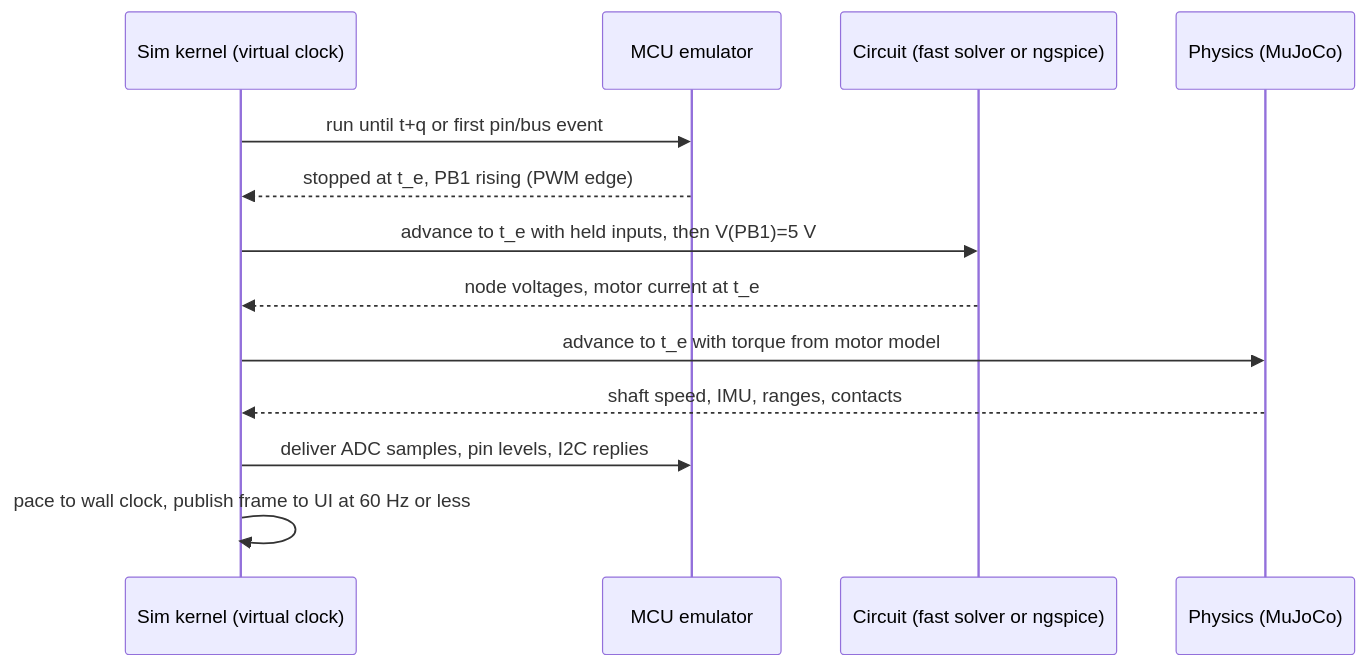
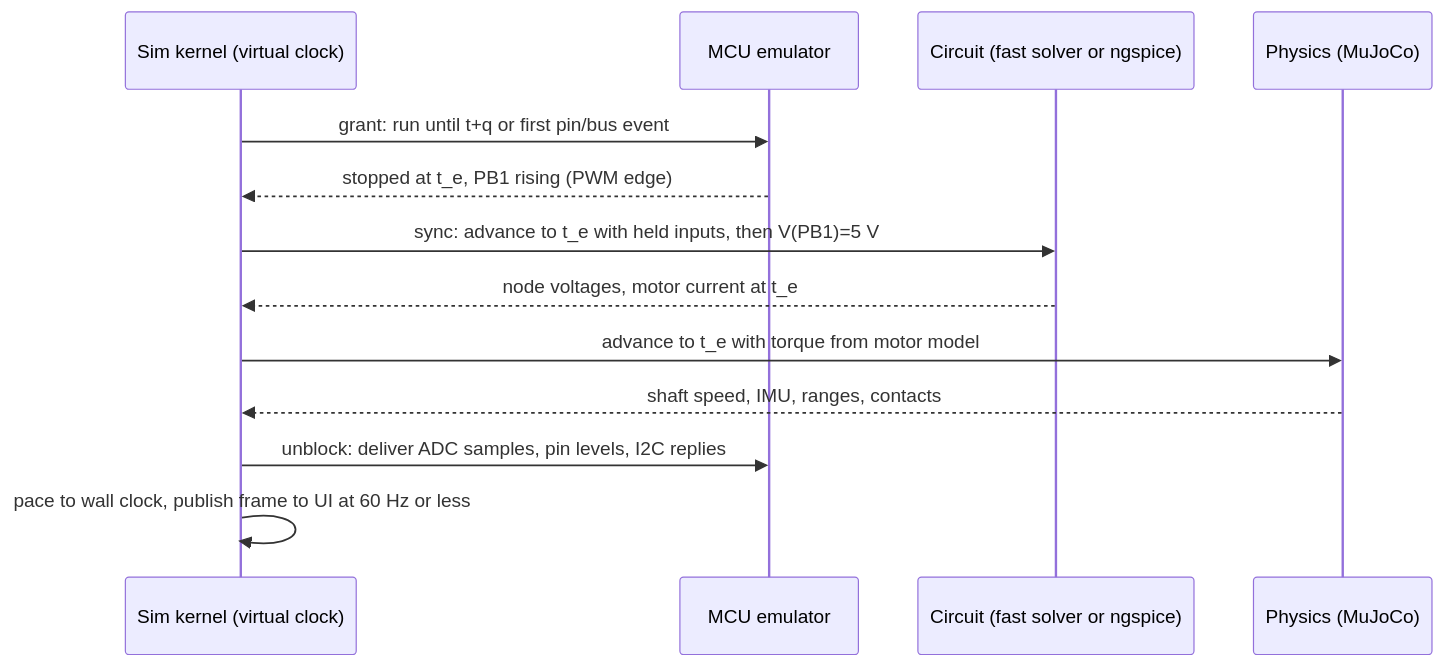
Before and after one commit to NoboIshraque/triage: the third of 3 diagrams in docs/PLAN.md, drawn with Mermaid. The commit also changed other lines of this file and 21 other files, not shown here.

````diff
--- a/docs/PLAN.md
+++ b/docs/PLAN.md
@@ -373,15 +324,15 @@
 ```mermaid
 sequenceDiagram
   participant K as Sim kernel (virtual clock)
   participant M as MCU emulator
   participant C as Circuit (fast solver or ngspice)
   participant P as Physics (MuJoCo)
-  K->>M: run until t+q or first pin/bus event
+  K->>M: grant: run until t+q or first pin/bus event
   M-->>K: stopped at t_e, PB1 rising (PWM edge)
-  K->>C: advance to t_e with held inputs, then V(PB1)=5 V
+  K->>C: sync: advance to t_e with held inputs, then V(PB1)=5 V
   C-->>K: node voltages, motor current at t_e
   K->>P: advance to t_e with torque from motor model
   P-->>K: shaft speed, IMU, ranges, contacts
-  K->>M: deliver ADC samples, pin levels, I2C replies
+  K->>M: unblock: deliver ADC samples, pin levels, I2C replies
   K->>K: pace to wall clock, publish frame to UI at 60 Hz or less
 ```
````
